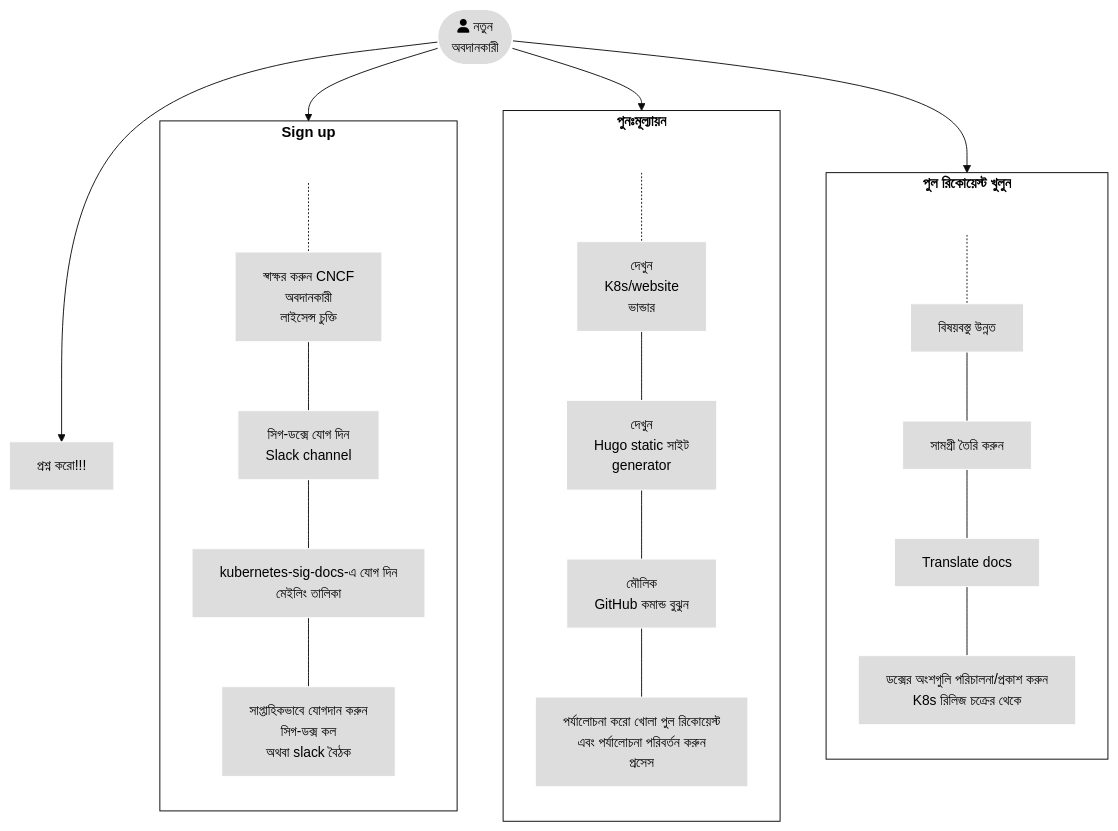
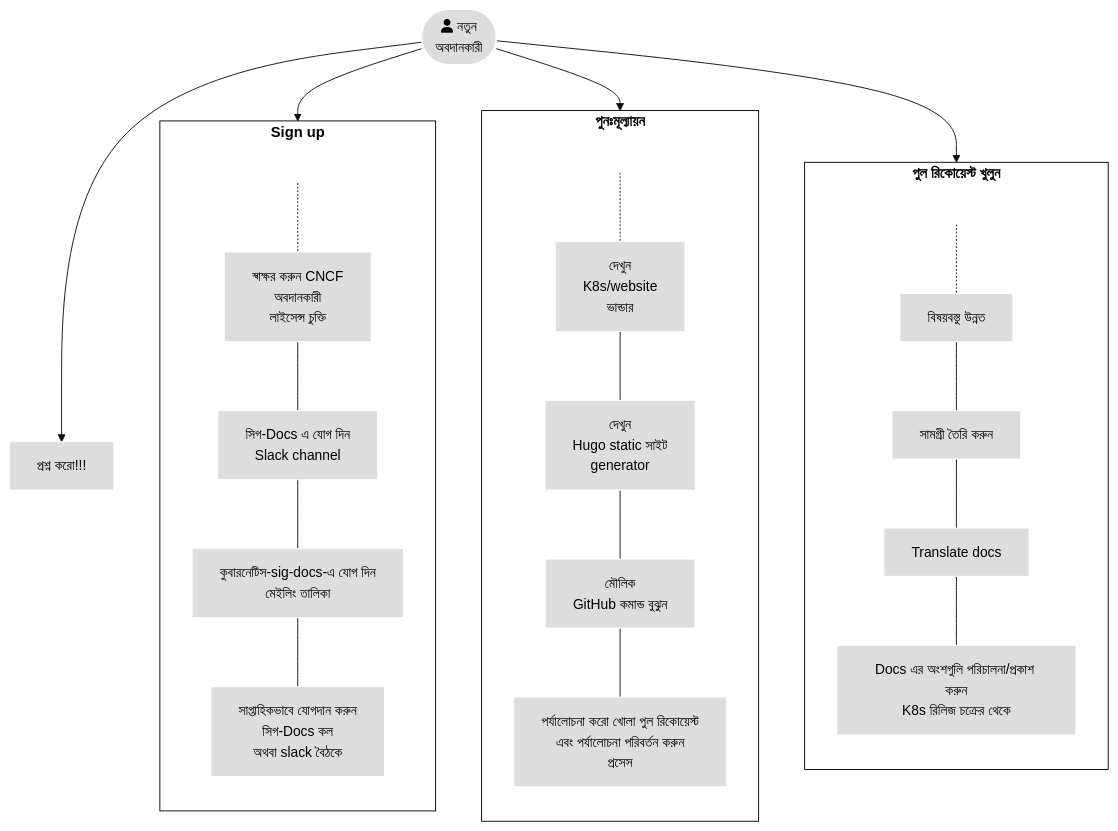
Before and after one commit to KimSJ15/kubernetes_website: the first of 2 diagrams in content/bn/docs/contribute/_index.md, drawn with Mermaid (base theme). The commit also changed other lines of this file, not shown here.

```diff
--- a/content/bn/docs/contribute/_index.md
+++ b/content/bn/docs/contribute/_index.md
@@ -56,40 +56,40 @@
 {{< mermaid >}}
 flowchart TB
 subgraph third[পুল রিকোয়েস্ট খুলুন]
 direction TB
 U[ ] -.-
 Q[বিষয়বস্তু উন্নত] --- N[সামগ্রী তৈরি করুন]
 N --- O[Translate docs]
-O --- P[ডক্সের অংশগুলি পরিচালনা/প্রকাশ করুন<br>K8s রিলিজ চক্রের থেকে]
+O --- P[Docs এর অংশগুলি পরিচালনা/প্রকাশ করুন<br>K8s রিলিজ চক্রের থেকে]
 
 end
 
 subgraph second[পুনঃমূল্যায়ন]
 direction TB
    T[ ] -.-
    D[দেখুন<br>K8s/website<br>ভান্ডার] --- E[দেখুন<br>Hugo static সাইট<br>generator]
    E --- F[মৌলিক <br>GitHub কমান্ড বুঝুন]
    F --- G[পর্যালোচনা করো খোলা পুল রিকোয়েস্ট<br>এবং পর্যালোচনা পরিবর্তন করুন <br>প্রসেস]
 end
 
 subgraph first[Sign up]
     direction TB
     S[ ] -.-
-    B[স্বাক্ষর করুন CNCF<br>অবদানকারী<br>লাইসেন্স চুক্তি] --- C[সিগ-ডক্সে যোগ দিন<br>Slack channel] 
-    C --- V[kubernetes-sig-docs-এ যোগ দিন<br>মেইলিং তালিকা]
-    V --- M[সাপ্তাহিকভাবে যোগদান করুন<br>সিগ-ডক্স কল<br>অথবা slack বৈঠক]
+    B[স্বাক্ষর করুন CNCF<br>অবদানকারী<br>লাইসেন্স চুক্তি] --- C[সিগ-Docs এ যোগ দিন<br>Slack channel] 
+    C --- V[কুবারনেটিস-sig-docs-এ যোগ দিন<br>মেইলিং তালিকা]
+    V --- M[সাপ্তাহিকভাবে যোগদান করুন<br>সিগ-Docs কল<br>অথবা slack বৈঠকে]
 end
 
 A([fa:fa-user নতুন<br>অবদানকারী]) --> first
 A --> second
 A --> third
 A --> H[প্রশ্ন করো!!!]
 
 
 classDef grey fill:#dddddd,stroke:#ffffff,stroke-width:px,color:#000000, font-size:15px;
 classDef white fill:#ffffff,stroke:#000,stroke-width:px,color:#000,font-weight:bold
 classDef spacewhite fill:#ffffff,stroke:#fff,stroke-width:0px,color:#000
 class A,B,C,D,E,F,G,H,M,Q,N,O,P,V grey
 class S,T,U spacewhite
 class first,second,third white
 {{</ mermaid >}}
```
